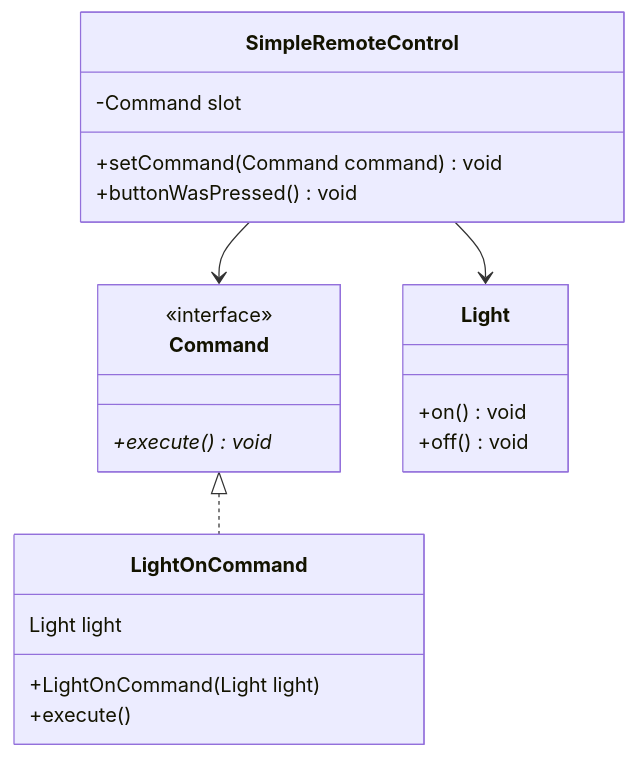
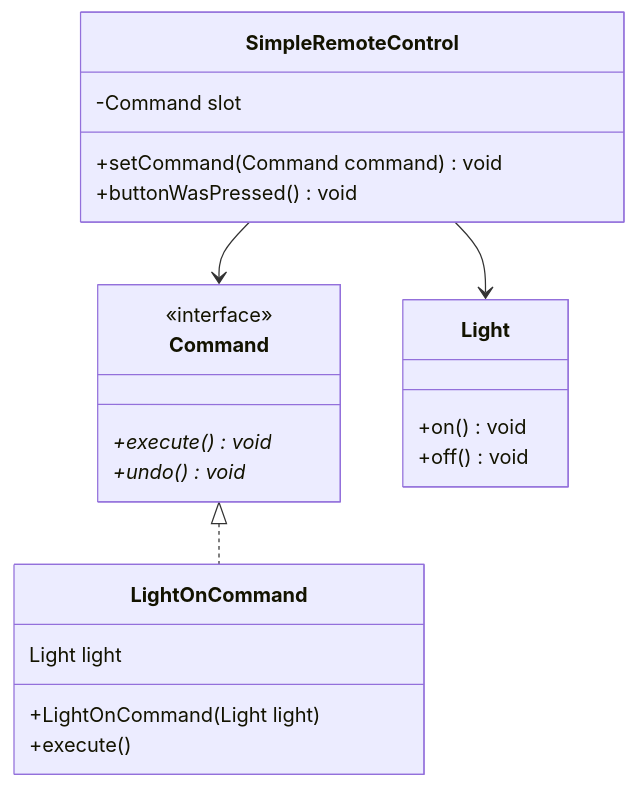
One commit to wsx13767/Design-Patterns-Note changed the seventh of 7 diagrams in README.md. Above: the diagram before and after it, drawn with Mermaid. The commit also changed 13 other files, not shown here.

````diff
--- a/README.md
+++ b/README.md
@@ -273,28 +273,29 @@
 ```mermaid
 classDiagram
 SimpleRemoteControl --> Command
 SimpleRemoteControl --> Light
 Command <|.. LightOnCommand
 
 class Command {
  <<interface>>
  +execute()* void
+ +undo()* void
 }
 
 class Light {
   +on() void
   +off() void
 }
 
 class LightOnCommand {
   Light light
   +LightOnCommand(Light light)
   +execute()
 }
 
 class SimpleRemoteControl {
   -Command slot
   +setCommand(Command command) void
   +buttonWasPressed() void
 }
 ```
````
